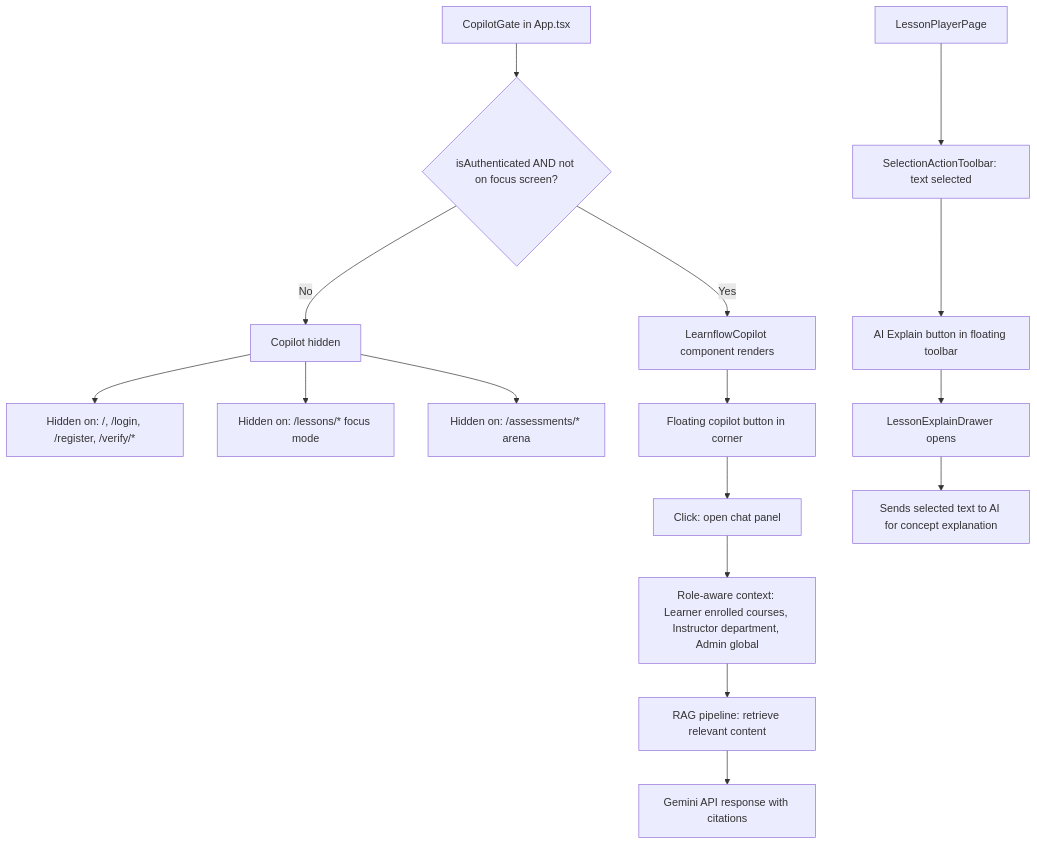
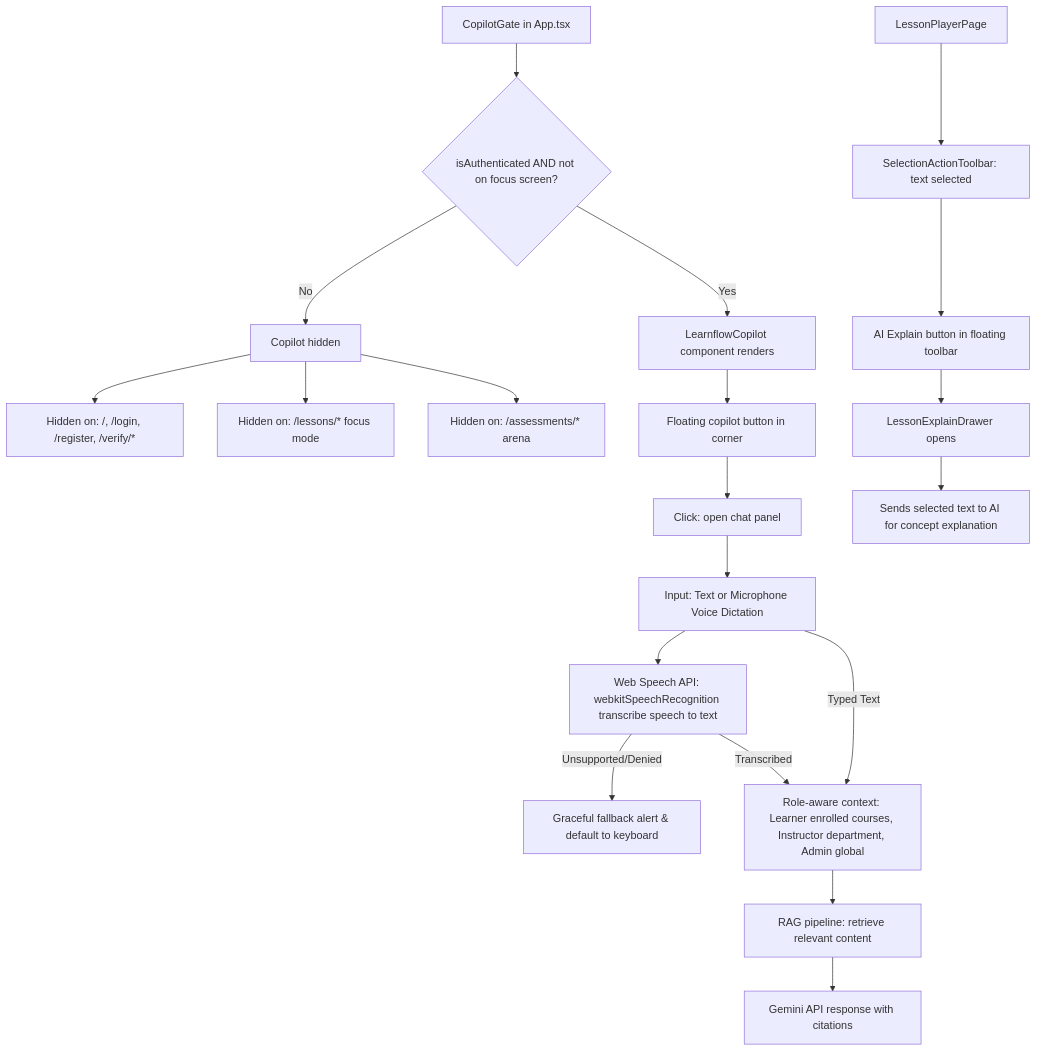
Diagram 15 of 17 in docs/APP_FLOW.md (Austin-Joshua/Learn-Flow), drawn with Mermaid before and after one commit. The commit also changed other lines of this file and 13 other files, not shown here.

````diff
--- a/docs/APP_FLOW.md
+++ b/docs/APP_FLOW.md
@@ -490,21 +499,26 @@
 ```mermaid
 flowchart TD
     A[CopilotGate in App.tsx] --> B{isAuthenticated AND not on focus screen?}
     B -->|Yes| C[LearnflowCopilot component renders]
     B -->|No| D[Copilot hidden]
 
     D --> D1[Hidden on: /, /login, /register, /verify/*]
     D --> D2[Hidden on: /lessons/* focus mode]
     D --> D3[Hidden on: /assessments/* arena]
 
     C --> E[Floating copilot button in corner]
     E --> F[Click: open chat panel]
-    F --> G[Role-aware context: Learner enrolled courses, Instructor department, Admin global]
+    F --> F1[Input: Text or Microphone Voice Dictation]
+    F1 --> F2[Web Speech API: webkitSpeechRecognition transcribe speech to text]
+    F2 -->|Unsupported/Denied| F3[Graceful fallback alert & default to keyboard]
+    F2 -->|Transcribed| G
+    F1 -->|Typed Text| G
+    G[Role-aware context: Learner enrolled courses, Instructor department, Admin global]
     G --> H[RAG pipeline: retrieve relevant content]
     H --> I[Gemini API response with citations]
 
     J[LessonPlayerPage] --> K[SelectionActionToolbar: text selected]
     K --> L[AI Explain button in floating toolbar]
     L --> M[LessonExplainDrawer opens]
     M --> N[Sends selected text to AI for concept explanation]
 ```
````
